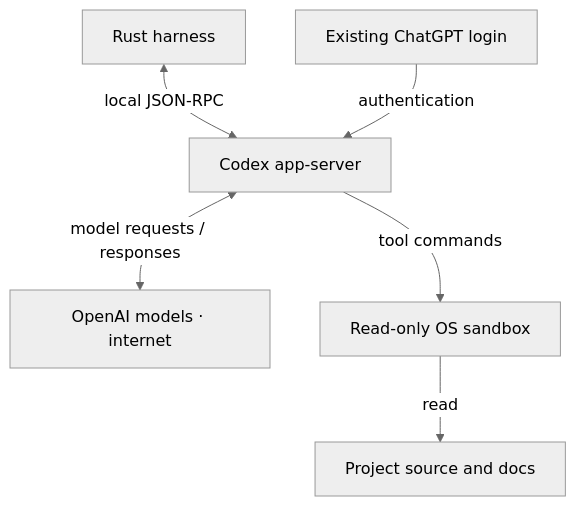
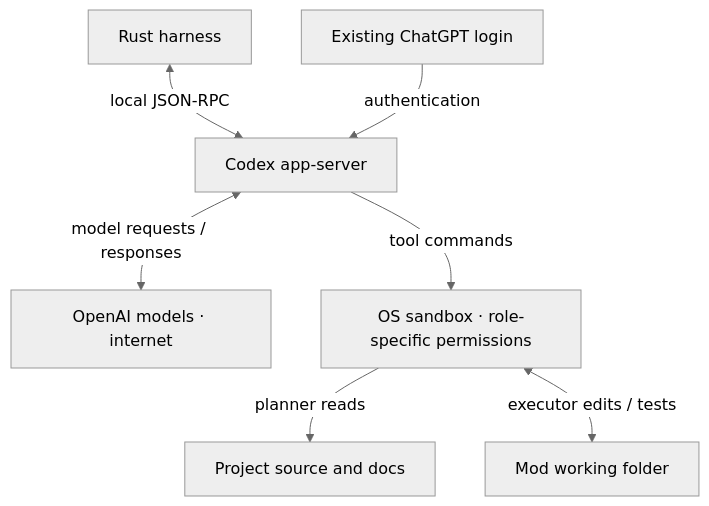
One commit to minimumeffort-dev/sprowt.harness changed the diagram in docs/workers.md. Above: the diagram before and after it, drawn with Mermaid (neutral theme). The commit also changed other lines of this file and 15 other files, not shown here.

Commit message:
Execute code mod plans in sandboxed working folders

````diff
--- a/docs/workers.md
+++ b/docs/workers.md
@@ -5,8 +5,9 @@
 ```mermaid
 flowchart TB
     harness["Rust harness"] <-->|"local JSON-RPC"| codex["Codex app-server"]
     login["Existing ChatGPT login"] -->|"authentication"| codex
     codex <-->|"model requests / responses"| models["OpenAI models · internet"]
-    codex -->|"tool commands"| sandbox["Read-only OS sandbox"]
-    sandbox -->|"read"| project["Project source and docs"]
+    codex -->|"tool commands"| sandbox["OS sandbox · role-specific permissions"]
+    sandbox -->|"planner reads"| project["Project source and docs"]
+    sandbox <-->|"executor edits / tests"| work["Mod working folder"]
 ```
````
